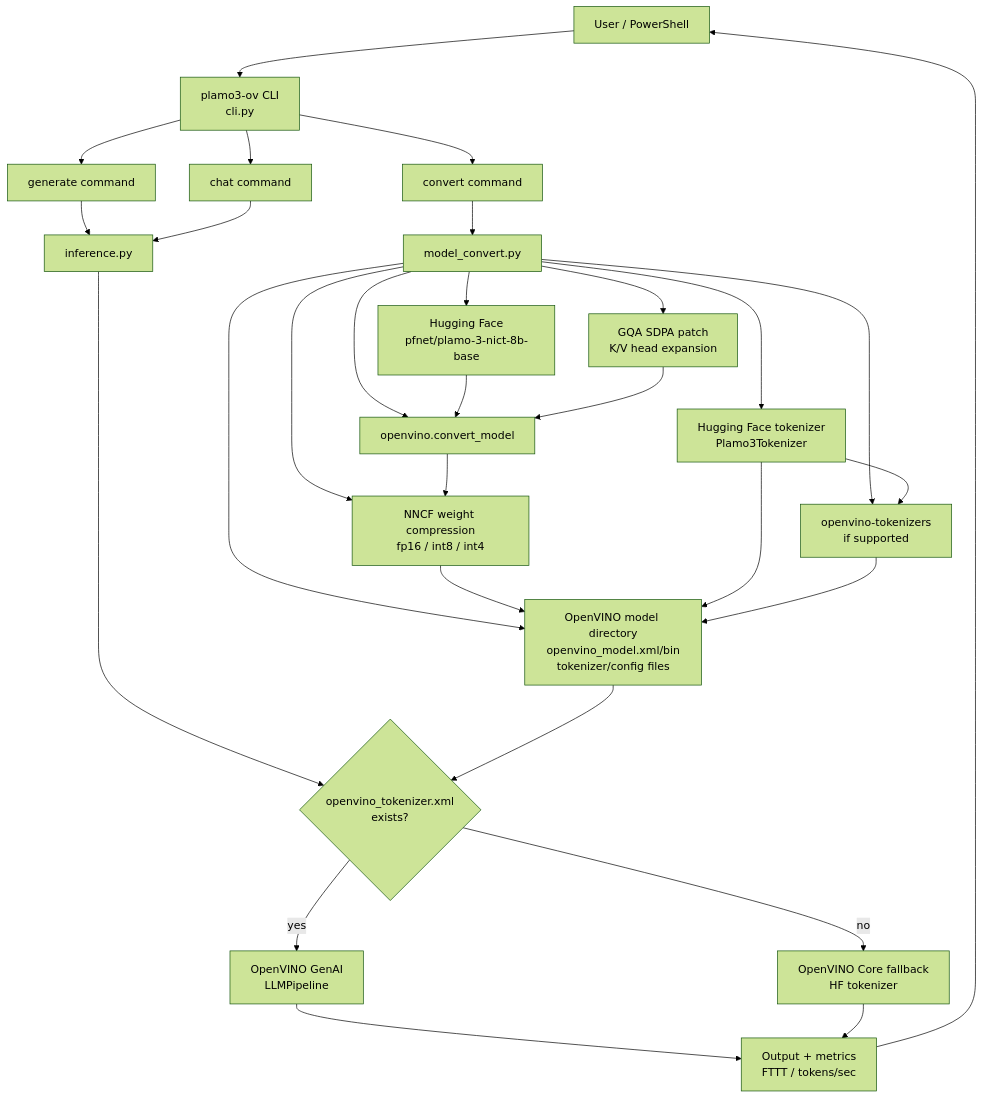
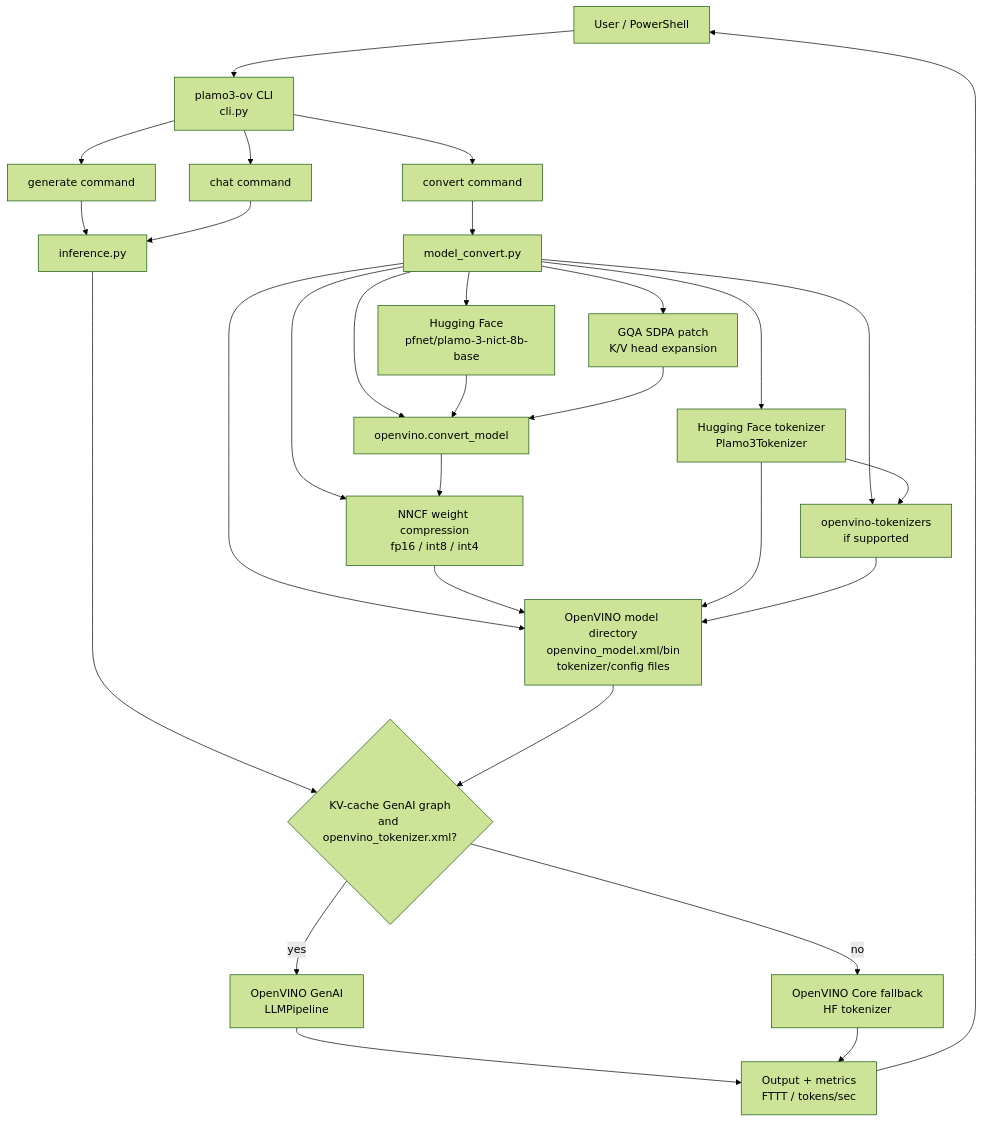
The diagram in README.md (kazukiminemura/plamo3_benchmark), drawn with Mermaid (forest theme) before and after one commit. The commit also changed other lines of this file and 2 other files, not shown here.

Commit message:
Support PLaMo3 tokenizer OpenVINO conversion

````diff
--- a/README.md
+++ b/README.md
@@ -34,35 +34,35 @@
 ```mermaid
 flowchart TD
     User["User / PowerShell"] --> CLI["plamo3-ov CLI<br/>cli.py"]
 
     CLI --> ConvertCmd["convert command"]
     CLI --> GenerateCmd["generate command"]
     CLI --> ChatCmd["chat command"]
 
     ConvertCmd --> ModelConvert["model_convert.py"]
     ModelConvert --> HFModel["Hugging Face<br/>pfnet/plamo-3-nict-8b-base"]
     ModelConvert --> HFTokenizer["Hugging Face tokenizer<br/>Plamo3Tokenizer"]
     ModelConvert --> OVConvert["openvino.convert_model"]
     ModelConvert --> GQAPatch["GQA SDPA patch<br/>K/V head expansion"]
     ModelConvert --> NNCF["NNCF weight compression<br/>fp16 / int8 / int4"]
     ModelConvert --> OVTokenizer["openvino-tokenizers<br/>if supported"]
     ModelConvert --> Artifact["OpenVINO model directory<br/>openvino_model.xml/bin<br/>tokenizer/config files"]
 
     HFModel --> OVConvert
     GQAPatch --> OVConvert
     OVConvert --> NNCF
     NNCF --> Artifact
     HFTokenizer --> OVTokenizer
     HFTokenizer --> Artifact
     OVTokenizer --> Artifact
 
     GenerateCmd --> Inference["inference.py"]
     ChatCmd --> Inference
-    Inference --> Loader{"openvino_tokenizer.xml<br/>exists?"}
+    Inference --> Loader{"KV-cache GenAI graph<br/>and openvino_tokenizer.xml?"}
     Loader -->|"yes"| GenAI["OpenVINO GenAI<br/>LLMPipeline"]
     Loader -->|"no"| CoreFallback["OpenVINO Core fallback<br/>HF tokenizer"]
     Artifact --> Loader
     GenAI --> Metrics["Output + metrics<br/>FTTT / tokens/sec"]
     CoreFallback --> Metrics
     Metrics --> User
 ```
````
